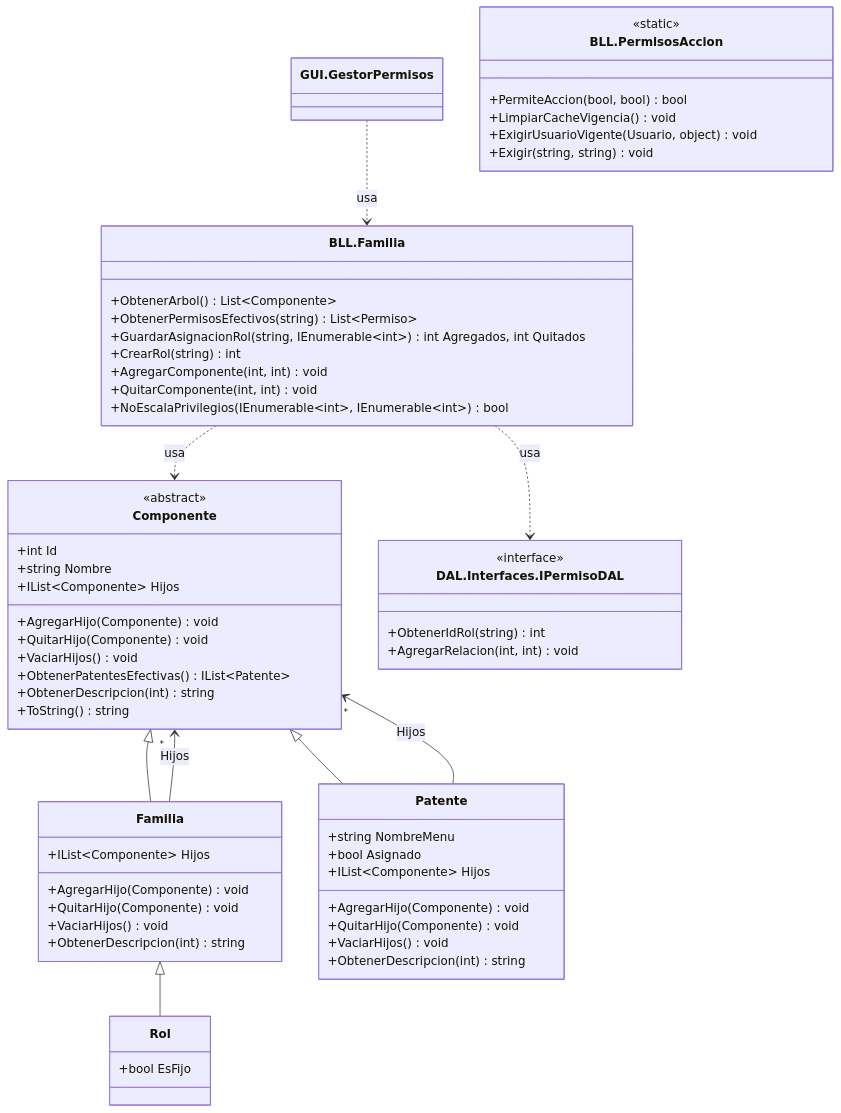
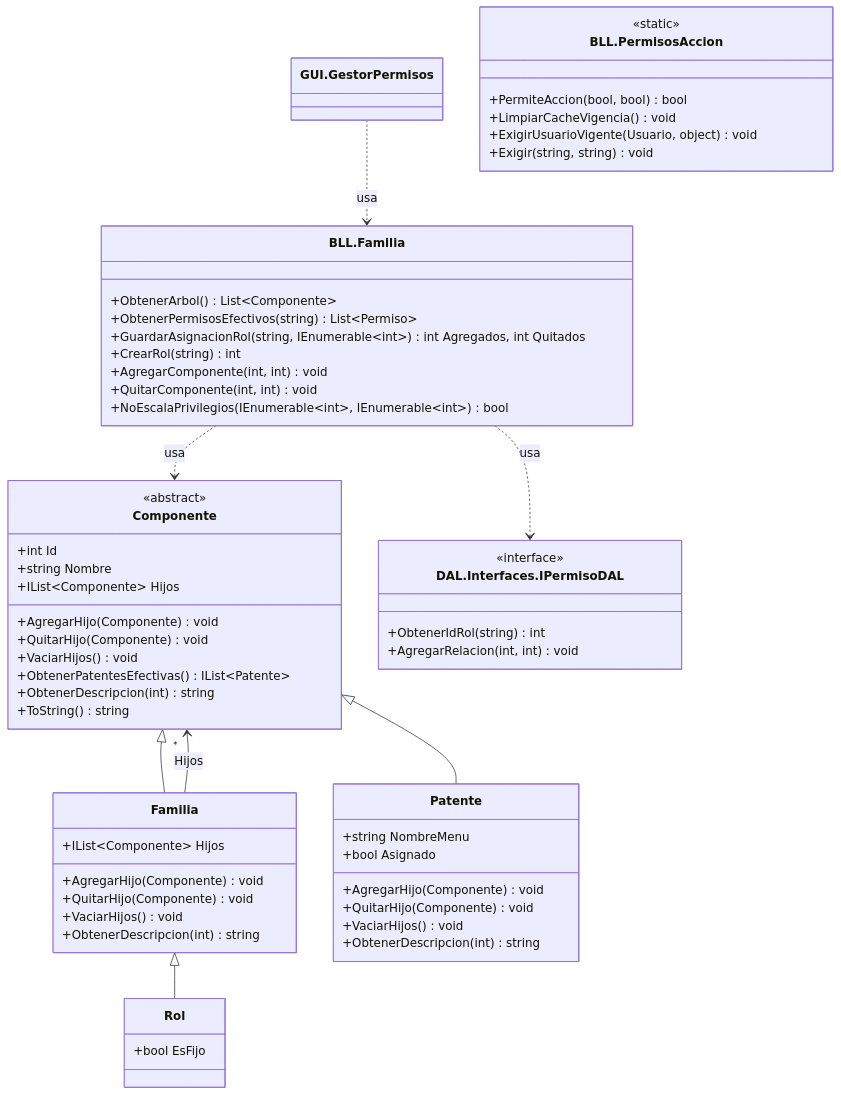
One commit to valentinamorana/Trabajo-de-Diploma changed the diagram in docs/diagramas/mermaid/CLASES_T04_perfiles.mmd. Above: the diagram before and after it, drawn with Mermaid. The commit also changed 8 other files, not shown here.

```diff
--- a/docs/diagramas/mermaid/CLASES_T04_perfiles.mmd
+++ b/docs/diagramas/mermaid/CLASES_T04_perfiles.mmd
@@ -1,64 +1,62 @@
 classDiagram
   direction TB
   class GUI_GestorPermisos["GUI.GestorPermisos"] {
   }
   class BLL_Familia["BLL.Familia"] {
     +ObtenerArbol() List~Componente~
     +ObtenerPermisosEfectivos(string) List~Permiso~
     +GuardarAsignacionRol(string,  IEnumerable~int~) int Agregados, int Quitados
     +CrearRol(string) int
     +AgregarComponente(int,  int) void
     +QuitarComponente(int,  int) void
     +NoEscalaPrivilegios(IEnumerable~int~,  IEnumerable~int~) bool
   }
   class BLL_PermisosAccion["BLL.PermisosAccion"] {
     <<static>>
     +PermiteAccion(bool,  bool) bool
     +LimpiarCacheVigencia() void
     +ExigirUsuarioVigente(Usuario,  object) void
     +Exigir(string,  string) void
   }
   class Componente {
     <<abstract>>
     +int Id
     +string Nombre
     +IList~Componente~ Hijos
     +AgregarHijo(Componente) void
     +QuitarHijo(Componente) void
     +VaciarHijos() void
     +ObtenerPatentesEfectivas() IList~Patente~
     +ObtenerDescripcion(int) string
     +ToString() string
   }
   class Familia {
     +IList~Componente~ Hijos
     +AgregarHijo(Componente) void
     +QuitarHijo(Componente) void
     +VaciarHijos() void
     +ObtenerDescripcion(int) string
   }
   class Patente {
     +string NombreMenu
     +bool Asignado
-    +IList~Componente~ Hijos
     +AgregarHijo(Componente) void
     +QuitarHijo(Componente) void
     +VaciarHijos() void
     +ObtenerDescripcion(int) string
   }
   class Rol {
     +bool EsFijo
   }
   class DAL_Interfaces_IPermisoDAL["DAL.Interfaces.IPermisoDAL"] {
     <<interface>>
     +ObtenerIdRol(string) int
     +AgregarRelacion(int,  int) void
   }
   BLL_Familia ..> DAL_Interfaces_IPermisoDAL : usa
   Componente <|-- Familia
   Familia --> "*" Componente : Hijos
   Componente <|-- Patente
-  Patente --> "*" Componente : Hijos
   Familia <|-- Rol
   GUI_GestorPermisos ..> BLL_Familia : usa
   BLL_Familia ..> Componente : usa
```
